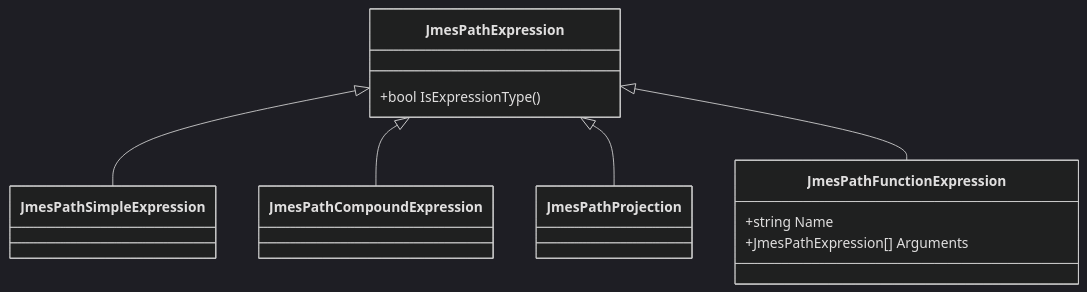
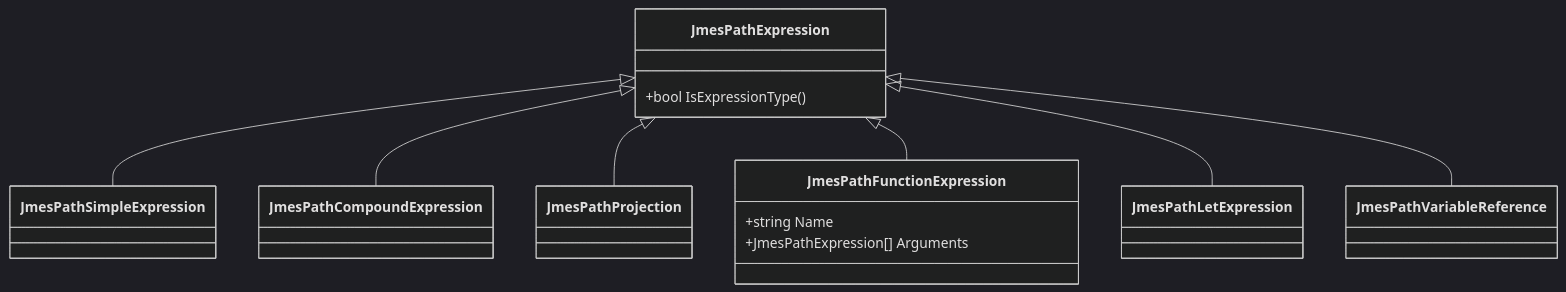
Before and after one commit to jdevillard/JmesPath.Net: the first of 7 diagrams in README.md, drawn with Mermaid (dark theme).

````diff
--- a/README.md
+++ b/README.md
@@ -58,12 +58,14 @@
 ```mermaid
 classDiagram
 	class JmesPathExpression
 	JmesPathExpression: +bool IsExpressionType()
     JmesPathExpression <|-- JmesPathSimpleExpression
     JmesPathExpression <|-- JmesPathCompoundExpression
     JmesPathExpression <|-- JmesPathProjection
     JmesPathExpression <|-- JmesPathFunctionExpression
+    JmesPathExpression <|-- JmesPathLetExpression
+    JmesPathExpression <|-- JmesPathVariableReference
 
 	JmesPathFunctionExpression: +string Name
 	JmesPathFunctionExpression: +JmesPathExpression[] Arguments
 ```
````
